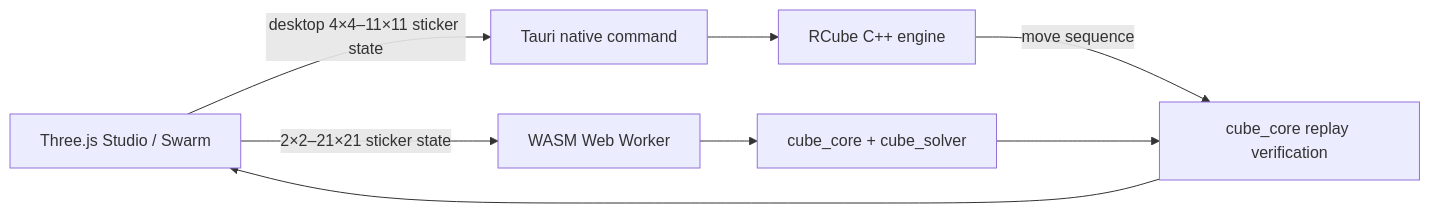
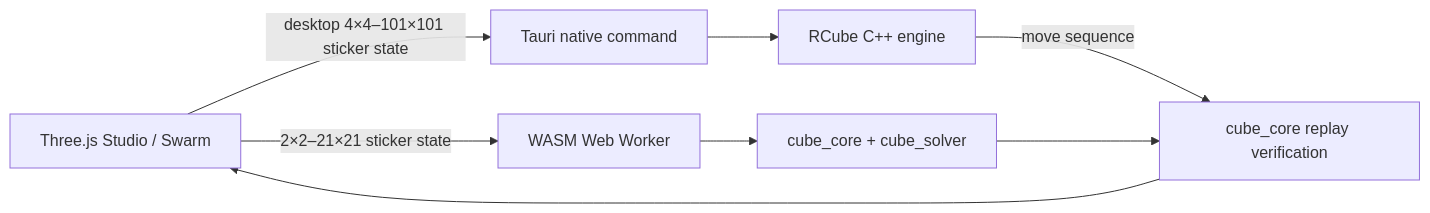
One commit to evaarnas/Solvaus-hybridi changed the diagram in README.md. Above: the diagram before and after it, drawn with Mermaid. The commit also changed other lines of this file and 7 other files, not shown here.

````diff
--- a/README.md
+++ b/README.md
@@ -144,10 +144,10 @@
 ```mermaid
 flowchart LR
     UI[Three.js Studio / Swarm] -->|2×2–21×21 sticker state| Worker[WASM Web Worker]
-    UI -->|desktop 4×4–11×11 sticker state| Tauri[Tauri native command]
+    UI -->|desktop 4×4–101×101 sticker state| Tauri[Tauri native command]
     Worker --> Core[cube_core + cube_solver]
     Tauri --> RCube[RCube C++ engine]
     RCube -->|move sequence| Verify[cube_core replay verification]
     Core --> Verify
     Verify --> UI
 ```
````
